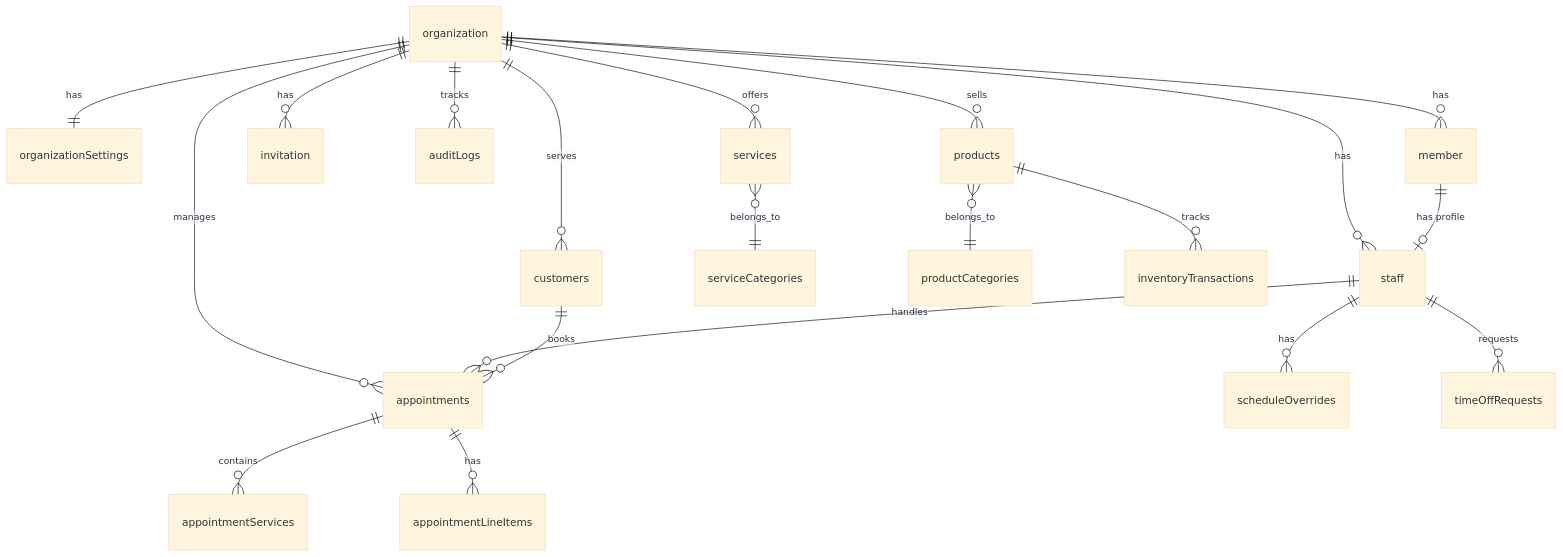
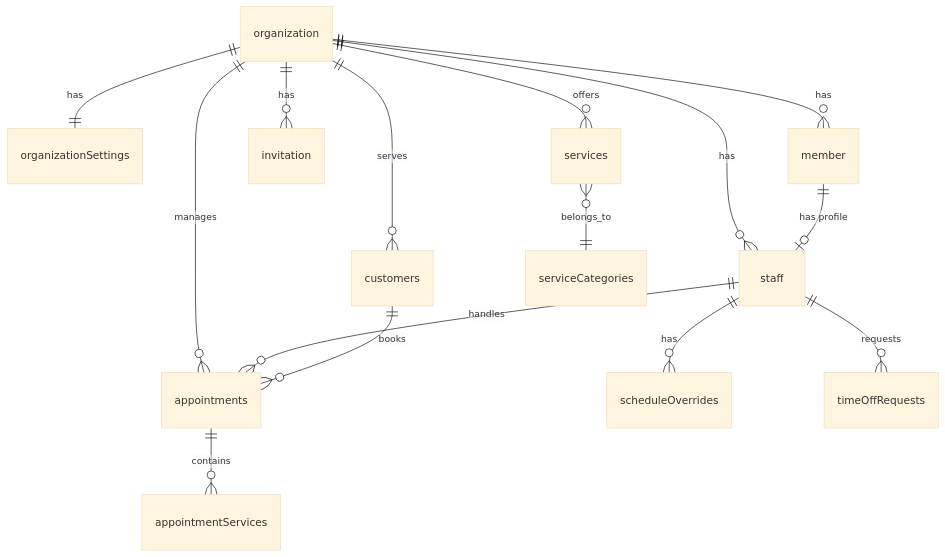
The diagram in docs/prd/database-schema.md (UnderprotectionDev/salon-management-saas), drawn with Mermaid (base theme) before and after one commit. The commit also changed other lines of this file and 63 other files, not shown here.

````diff
--- a/docs/prd/database-schema.md
+++ b/docs/prd/database-schema.md
@@ -32,29 +8,17 @@
 ```mermaid
 erDiagram
     organization ||--|| organizationSettings : has
     organization ||--o{ member : has
     organization ||--o{ invitation : has
     organization ||--o{ staff : has
-    organization ||--o{ auditLogs : tracks
-
-    member ||--o| staff : "has profile"
-
     organization ||--o{ services : offers
     organization ||--o{ customers : serves
     organization ||--o{ appointments : manages
-    organization ||--o{ products : sells
-
+    member ||--o| staff : "has profile"
     staff ||--o{ appointments : handles
     staff ||--o{ scheduleOverrides : has
     staff ||--o{ timeOffRequests : requests
-
     services }o--|| serviceCategories : belongs_to
-
     customers ||--o{ appointments : books
-
     appointments ||--o{ appointmentServices : contains
-    appointments ||--o{ appointmentLineItems : has
-
-    products }o--|| productCategories : belongs_to
-    products ||--o{ inventoryTransactions : tracks
 ```
````
